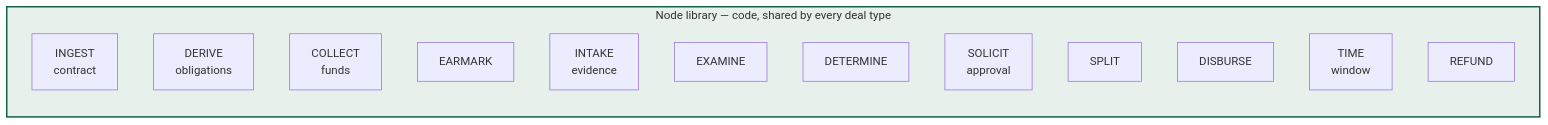
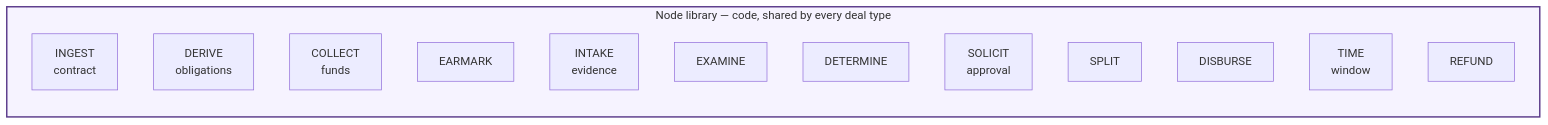
The fourth of 11 diagrams in docs/02-hld.md (pratikhunny/verdict), drawn with Mermaid before and after one commit. The commit also changed other lines of this file and 59 other files, not shown here.

````diff
--- a/docs/02-hld.md
+++ b/docs/02-hld.md
@@ -228,19 +289,18 @@
 ```mermaid
 flowchart LR
     subgraph lib["Node library — code, shared by every deal type"]
         n1["INGEST<br/>contract"]
         n2["DERIVE<br/>obligations"]
         n3["COLLECT<br/>funds"]
         n4["EARMARK"]
         n5["INTAKE<br/>evidence"]
         n6["EXAMINE"]
         n7["DETERMINE"]
         n8["SOLICIT<br/>approval"]
         n9["SPLIT"]
         n10["DISBURSE"]
         n11["TIME<br/>window"]
         n12["REFUND"]
     end
-
-    style lib fill:#e8f0ec,stroke:#0d5c3f,stroke-width:2px
+    style lib fill:#f6f3ff,stroke:#5a3a8a,stroke-width:2px
 ```
````
